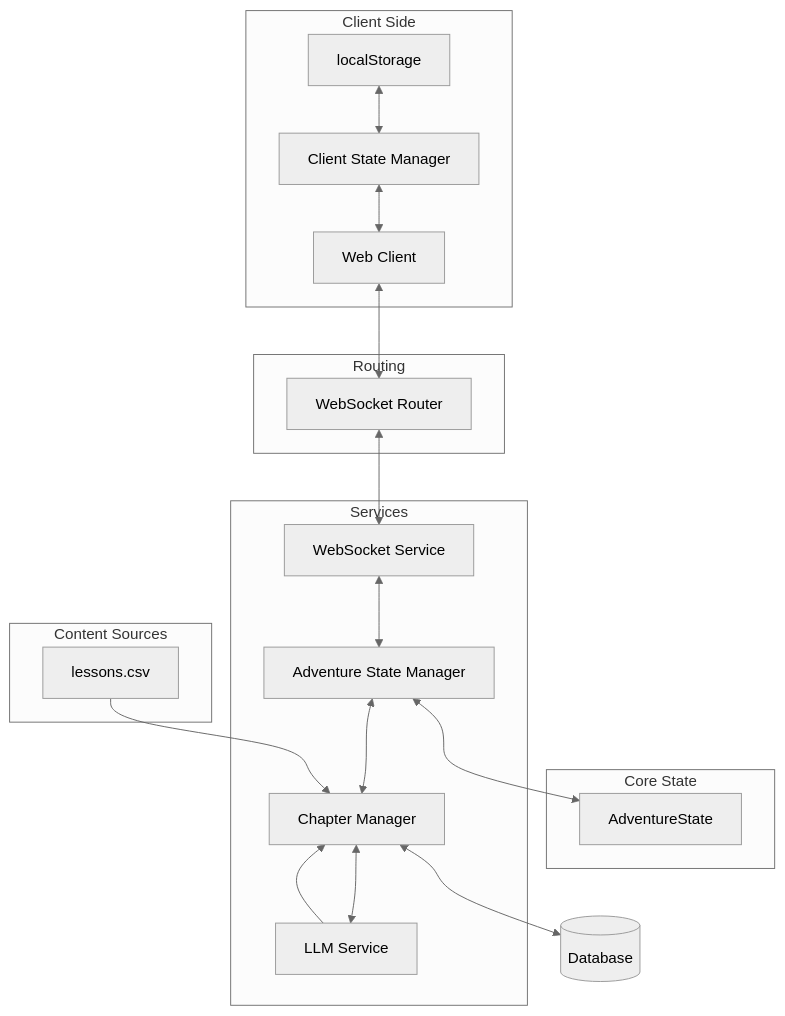
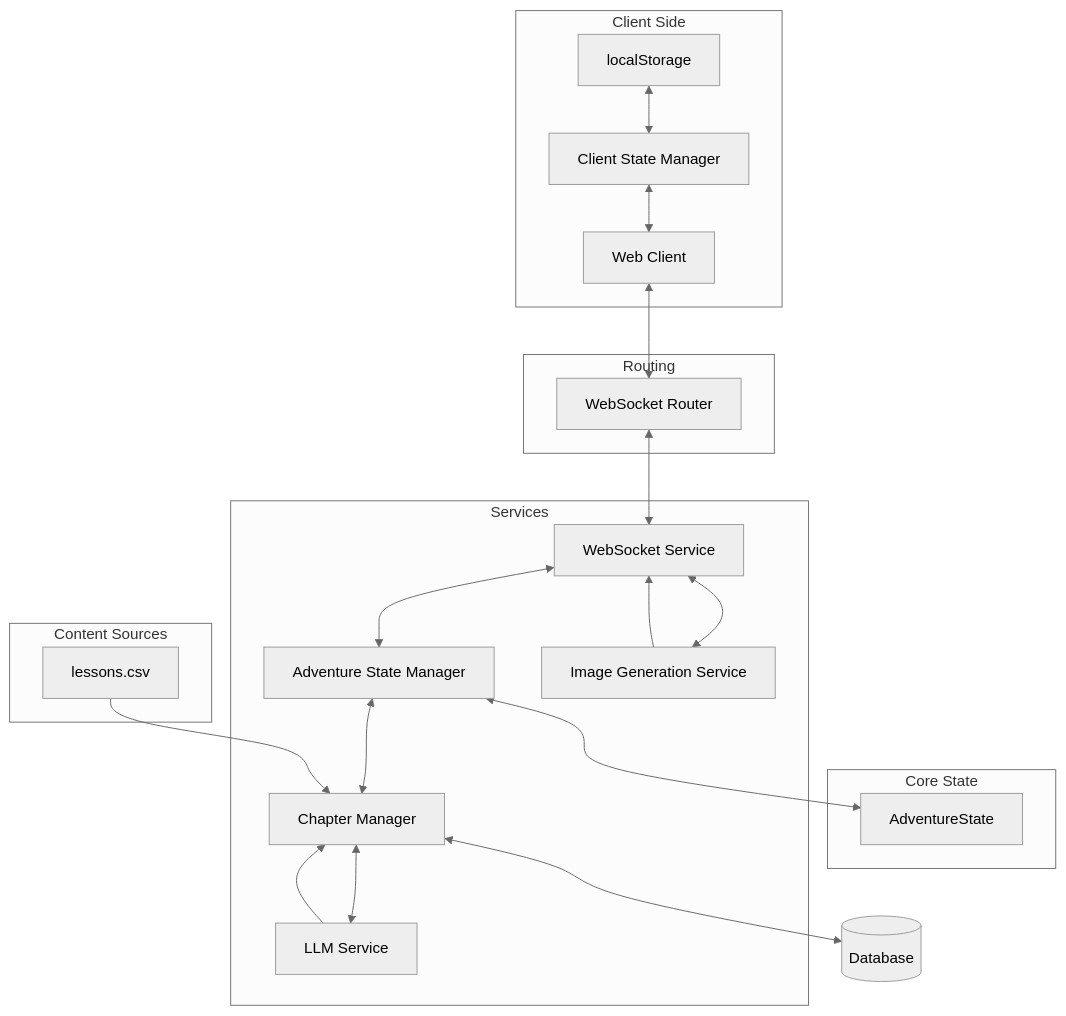
One commit to DesmondChoy/adventures changed the diagram in README.md. Above: the diagram before and after it, drawn with Mermaid (neutral theme). The commit also changed other lines of this file and 8 other files, not shown here.

````diff
--- a/README.md
+++ b/README.md
@@ -28,35 +27,38 @@
 ```mermaid
 graph TD
     Client[Web Client] <--> WSR[WebSocket Router]
     WSR <--> WSS[WebSocket Service]
     WSS <--> ASM[Adventure State Manager]
     ASM <--> AS[AdventureState]
     ASM <--> CM[Chapter Manager]
     CM <--> LLM[LLM Service]
     CM <--> DB[(Database)]
+    WSS <--> IMG[Image Generation Service]
 
     subgraph Client Side
         LP[localStorage] <--> CSM[Client State Manager]
         CSM <--> Client
     end
 
     subgraph Core State
         AS
     end
 
     subgraph Services
         WSS
         ASM
         CM
         LLM
+        IMG
     end
 
     subgraph Routing
         WSR
     end
 
     subgraph Content Sources
         CSV[lessons.csv] --> CM
         LLM --> CM
+        IMG --> WSS
     end
 ```
````
